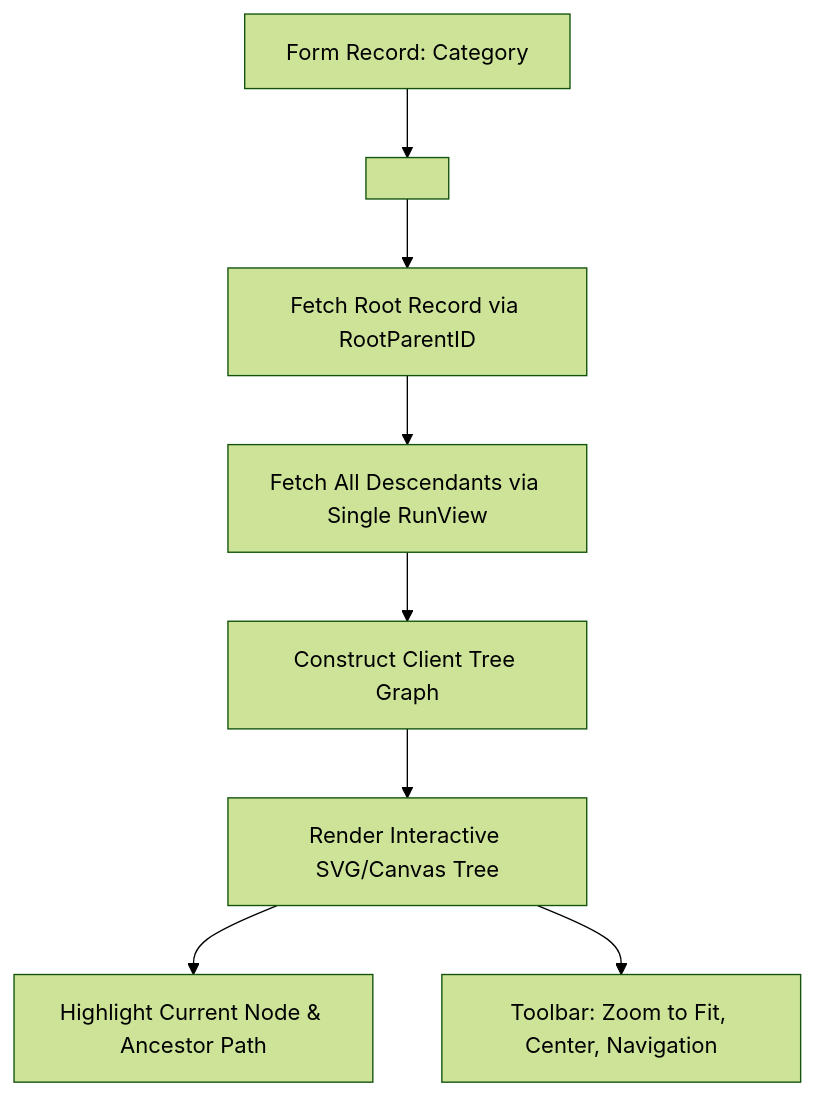
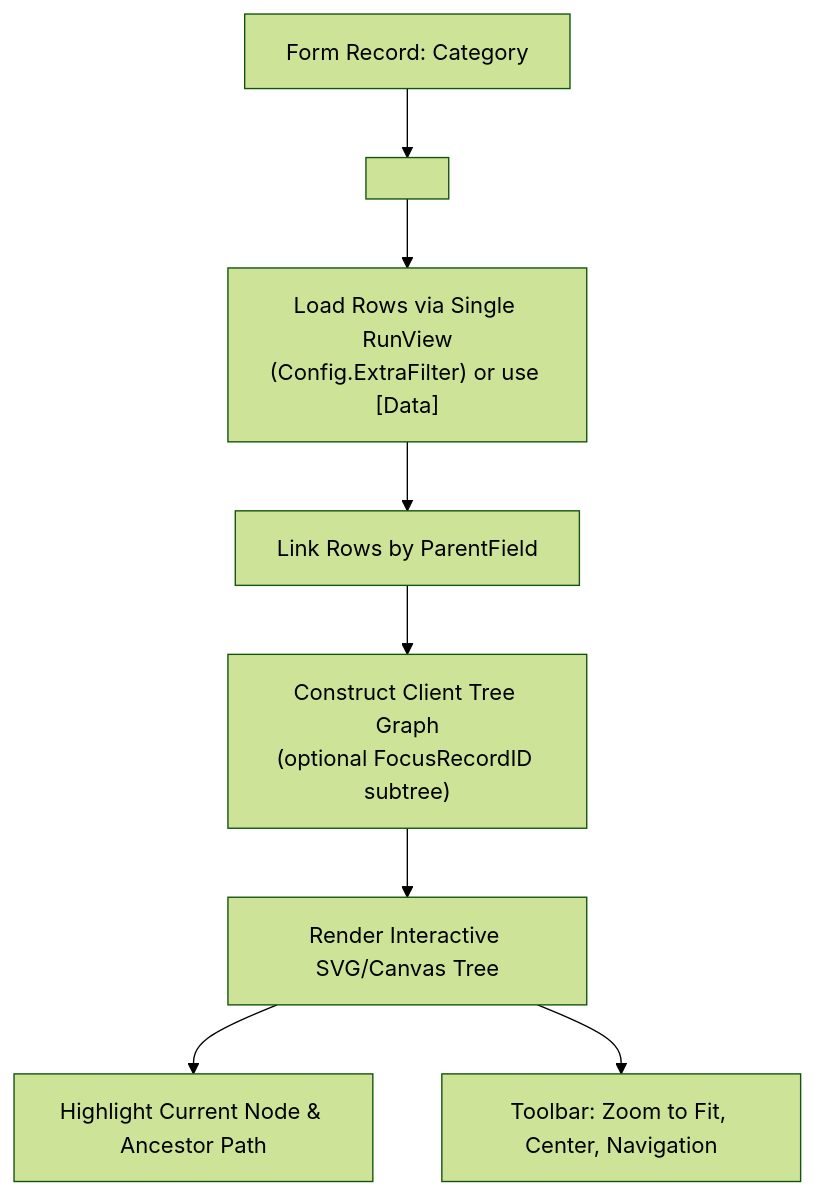
One commit to MemberJunction/MJ changed the second of 2 diagrams in guides/RECURSIVE_FOREIGN_KEYS_AND_HIERARCHIES_GUIDE.md. Above: the diagram before and after it, drawn with Mermaid (forest theme). The commit also changed other lines of this file and 12 other files, not shown here.

````diff
--- a/guides/RECURSIVE_FOREIGN_KEYS_AND_HIERARCHIES_GUIDE.md
+++ b/guides/RECURSIVE_FOREIGN_KEYS_AND_HIERARCHIES_GUIDE.md
@@ -298,10 +298,10 @@
 ```mermaid
 graph TD
     A[Form Record: Category] --> B["<mj-hierarchy-tree>"]
-    B --> C[Fetch Root Record via RootParentID]
-    C --> D[Fetch All Descendants via Single RunView]
-    D --> E[Construct Client Tree Graph]
+    B --> C["Load Rows via Single RunView<br/>(Config.ExtraFilter) or use [Data]"]
+    C --> D[Link Rows by ParentField]
+    D --> E["Construct Client Tree Graph<br/>(optional FocusRecordID subtree)"]
     E --> F[Render Interactive SVG/Canvas Tree]
     F --> G[Highlight Current Node & Ancestor Path]
     F --> H[Toolbar: Zoom to Fit, Center, Navigation]
 ```
````
